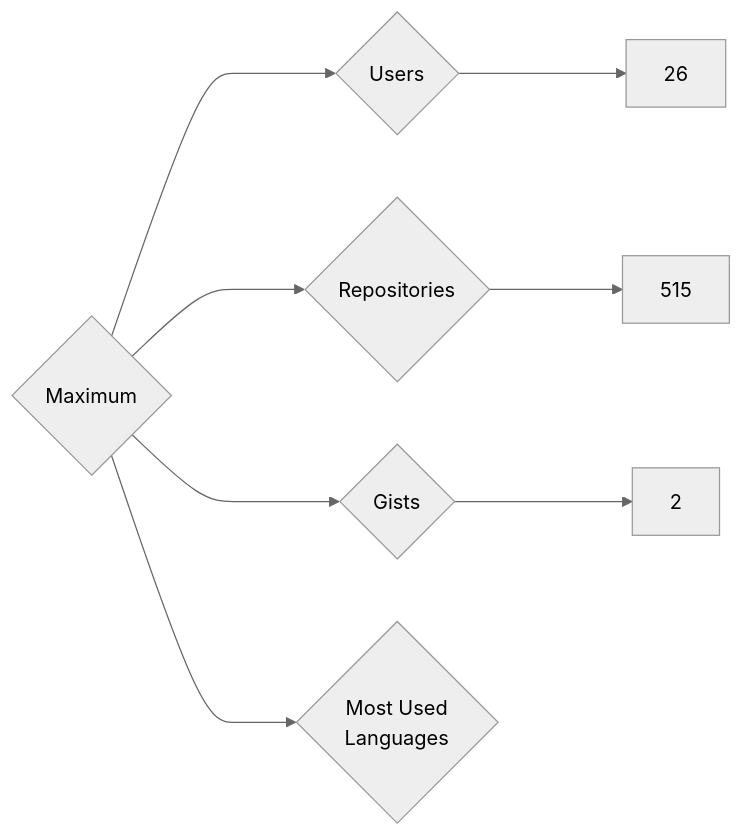
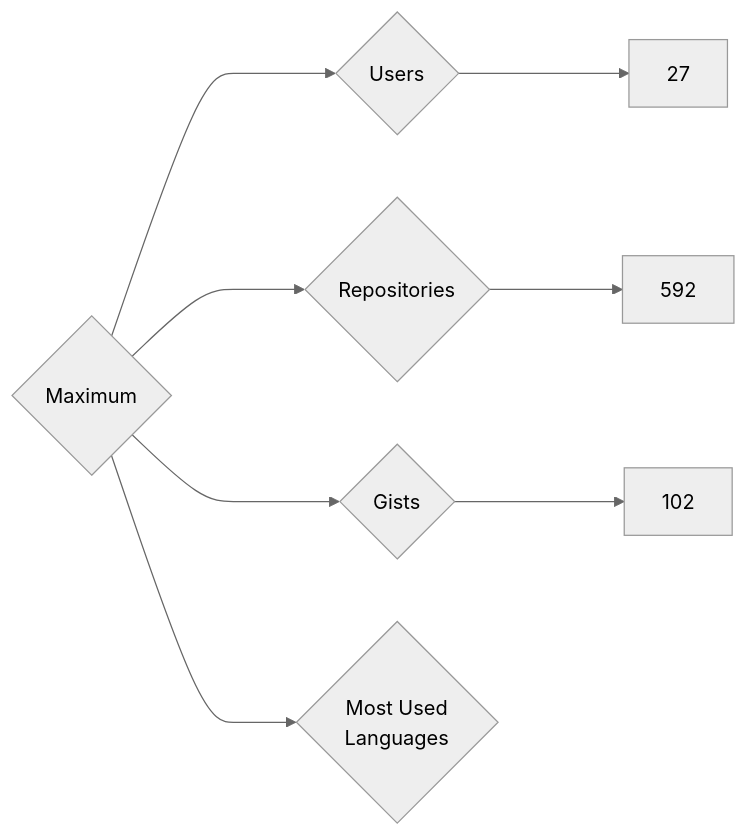
The diagram in targets/Maximum/README.md (nenadzaric/insiders), drawn with Mermaid (neutral theme) before and after one commit. The commit also changed 1342 other files, not shown here.

````diff
--- a/targets/Maximum/README.md
+++ b/targets/Maximum/README.md
@@ -3,8 +3,8 @@
 ```mermaid
 graph LR
 COMPANY_NAME{Maximum}
-COMPANY_NAME ---> U{Users} ---> UN[26]
-COMPANY_NAME ---> R{Repositories} ---> RN[515]
-COMPANY_NAME ---> G{Gists} ---> GN[2]
+COMPANY_NAME ---> U{Users} ---> UN[27]
+COMPANY_NAME ---> R{Repositories} ---> RN[592]
+COMPANY_NAME ---> G{Gists} ---> GN[102]
 COMPANY_NAME ---> ML{Most Used<br>Languages}
 ```
````
